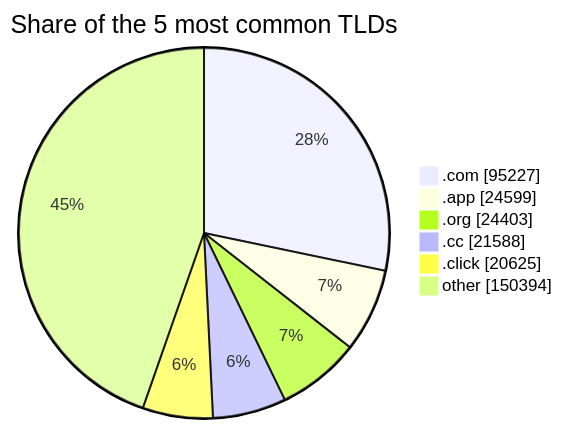
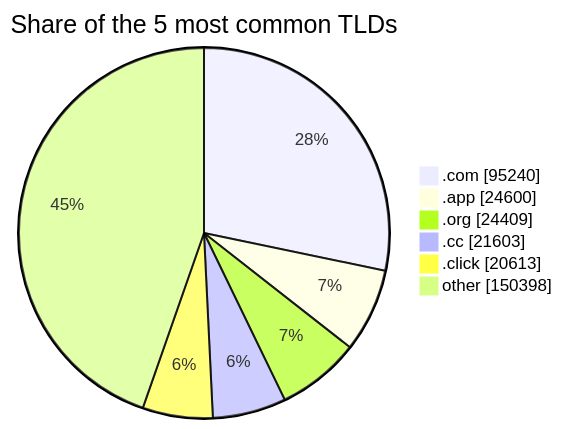
Before and after one commit to DNSBunker/CTI: the third of 3 diagrams in README.md, drawn with Mermaid. The commit also changed other lines of this file and 4 other files, not shown here.

````diff
--- a/README.md
+++ b/README.md
@@ -81,9 +81,9 @@
 ```mermaid
 pie showData title Share of the 5 most common TLDs
-    ".com" : 95227
-    ".app" : 24599
-    ".org" : 24403
-    ".cc" : 21588
-    ".click" : 20625
-    "other" : 150394
+    ".com" : 95240
+    ".app" : 24600
+    ".org" : 24409
+    ".cc" : 21603
+    ".click" : 20613
+    "other" : 150398
 ```
````
